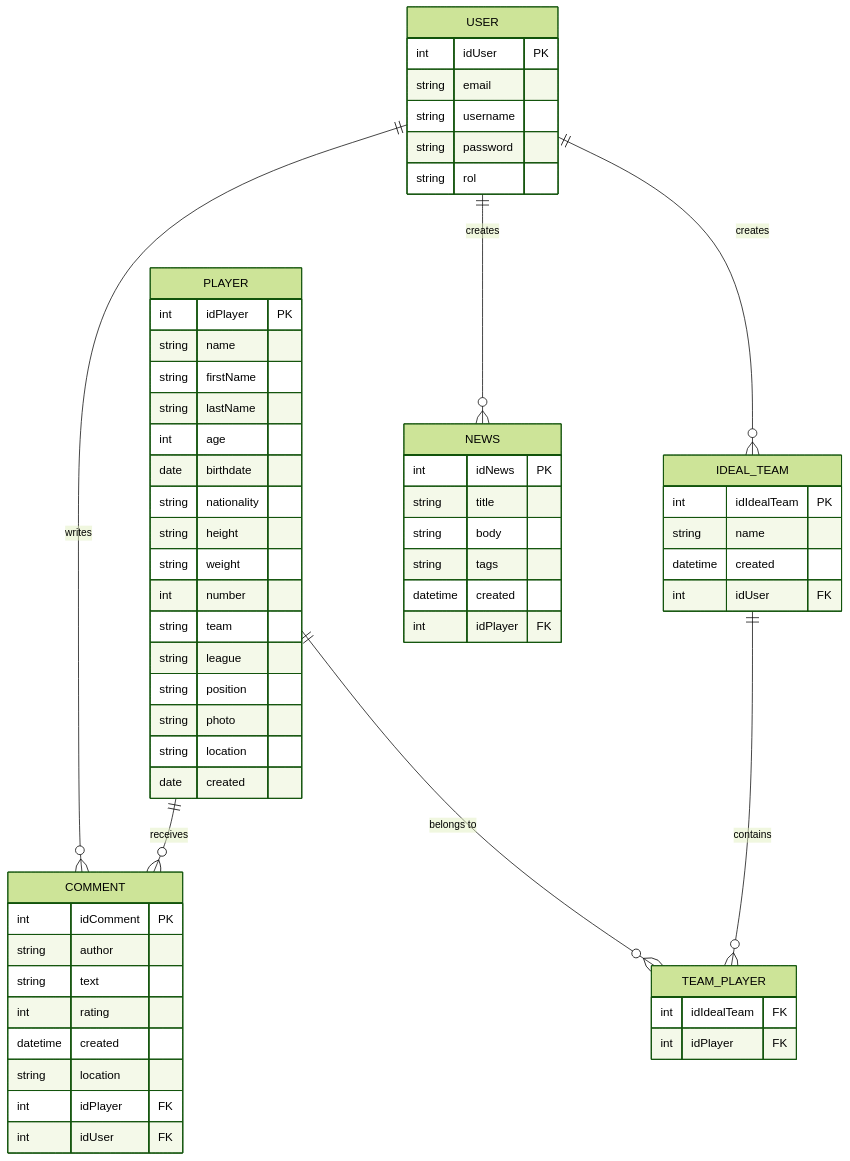
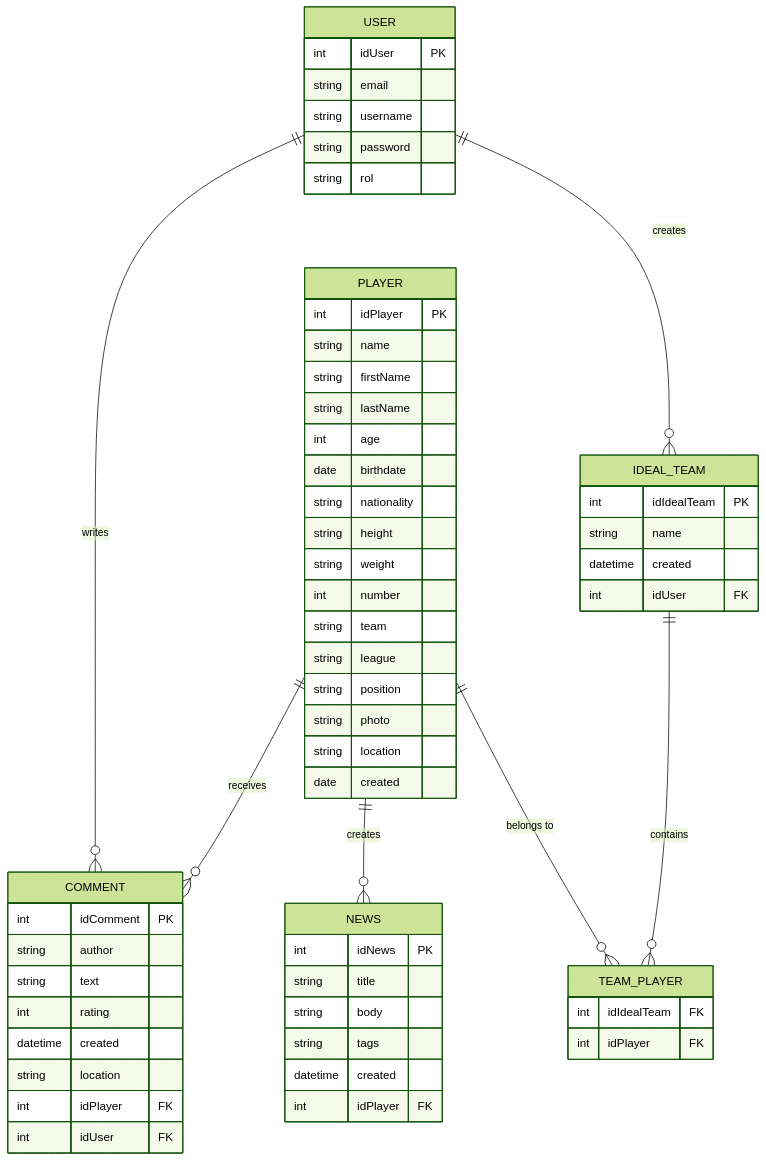
Before and after one commit to aek676/my-soccer-project: the first of 2 diagrams in docs/specification.md, drawn with Mermaid (forest theme).

Commit message:
fix(erdiagram): correct NEWS creation relationship
Update the ER diagram to show that NEWS is created by PLAYER instead of
USER,
ensuring the diagram accurately reflects the domain model.

````diff
--- a/docs/specification.md
+++ b/docs/specification.md
@@ -71,71 +71,70 @@
 ```mermaid
 erDiagram
     USER {
         int idUser PK
         string email
         string username
         string password
         string rol
     }
 
     IDEAL_TEAM {
         int idIdealTeam PK
         string name
         datetime created
         int idUser FK
     }
 
     TEAM_PLAYER {
         int idIdealTeam FK
         int idPlayer FK
     }
 
     PLAYER {
         int idPlayer PK
         string name
         string firstName
         string lastName
         int age
         date birthdate
         string nationality
         string height
         string weight
         int number
         string team
         string league
         string position
         string photo
         string location
         date created
     }
 
     COMMENT {
         int idComment PK
         string author
         string text
         int rating
         datetime created
         string location
         int idPlayer FK
         int idUser FK
     }
 
     NEWS {
         int idNews PK
         string title
         string body
         string tags
         datetime created
         int idPlayer FK
     }
 
     USER ||--o{ COMMENT : writes
     PLAYER ||--o{ COMMENT : receives
 
-    USER ||--o{ NEWS : creates
-
+    PLAYER ||--o{ NEWS : creates
     USER ||--o{ IDEAL_TEAM : creates
 
     IDEAL_TEAM ||--o{ TEAM_PLAYER : contains
     PLAYER ||--o{ TEAM_PLAYER : "belongs to"
 ```
````
